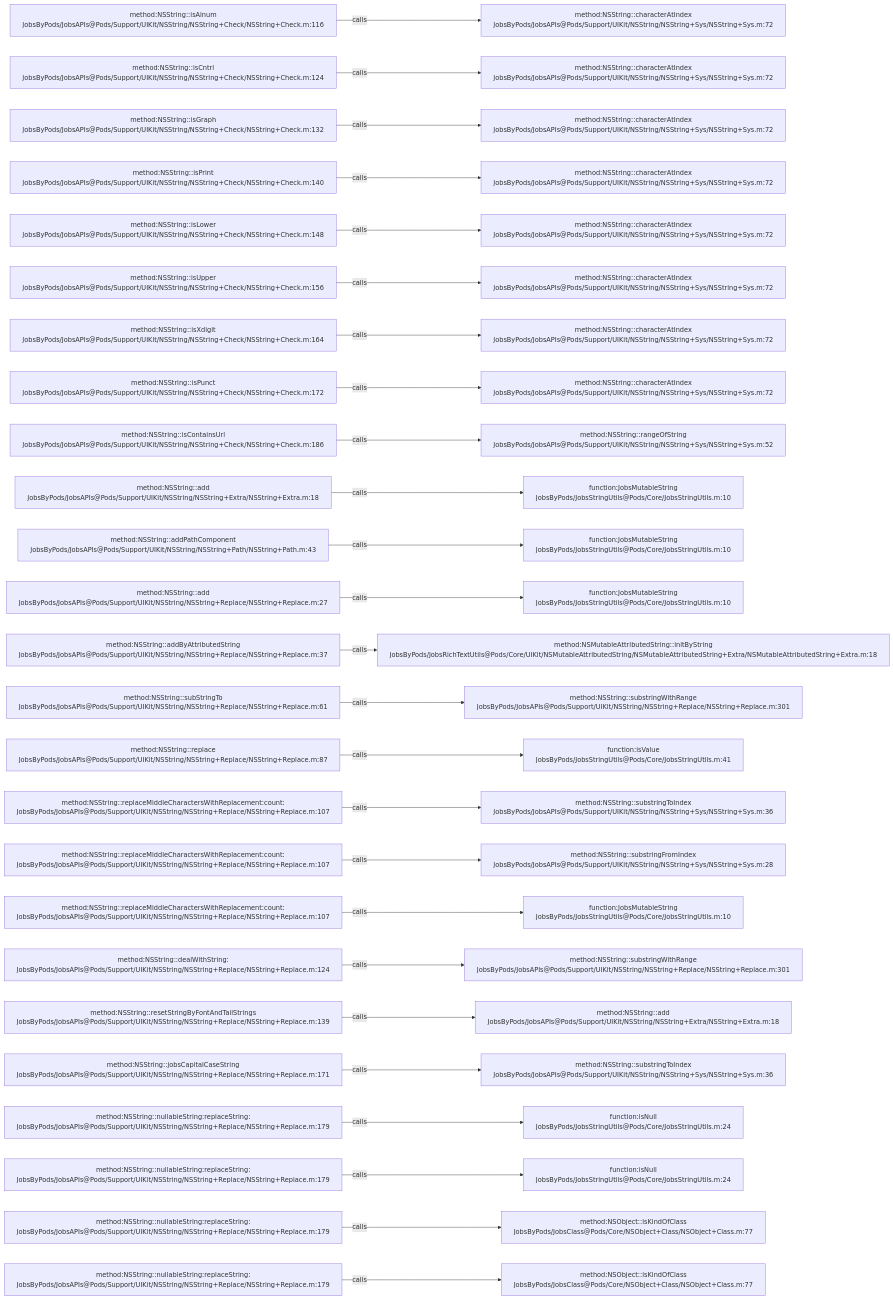
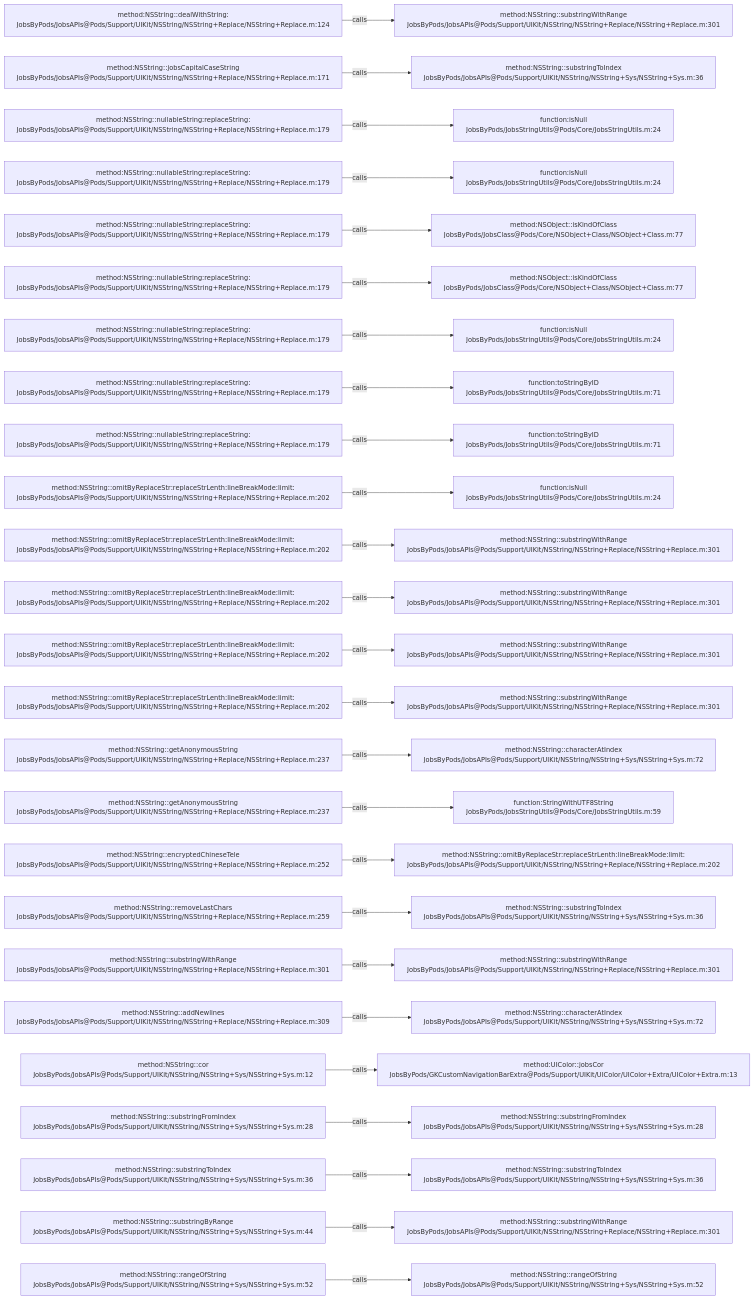
The diagram in .codegraph/codegraph.md/graphs/calls-014.md (JobsKits/JobsOCBaseConfigDemo), drawn with Mermaid before and after one commit. The commit also changed 639 other files, not shown here.

````diff
--- a/.codegraph/codegraph.md/graphs/calls-014.md
+++ b/.codegraph/codegraph.md/graphs/calls-014.md
@@ -13,78 +13,78 @@
 ```mermaid
 flowchart LR
-  S1["method:NSString::isAlnum<br/>JobsByPods/JobsAPIs@Pods/Support/UIKit/NSString/NSString+Check/NSString+Check.m:116"]
-  T1["method:NSString::characterAtIndex<br/>JobsByPods/JobsAPIs@Pods/Support/UIKit/NSString/NSString+Sys/NSString+Sys.m:72"]
+  S1["method:NSString::dealWithString:<br/>JobsByPods/JobsAPIs@Pods/Support/UIKit/NSString/NSString+Replace/NSString+Replace.m:124"]
+  T1["method:NSString::substringWithRange<br/>JobsByPods/JobsAPIs@Pods/Support/UIKit/NSString/NSString+Replace/NSString+Replace.m:301"]
   S1 -->|calls| T1
-  S2["method:NSString::isCntrl<br/>JobsByPods/JobsAPIs@Pods/Support/UIKit/NSString/NSString+Check/NSString+Check.m:124"]
-  T2["method:NSString::characterAtIndex<br/>JobsByPods/JobsAPIs@Pods/Support/UIKit/NSString/NSString+Sys/NSString+Sys.m:72"]
+  S2["method:NSString::jobsCapitalCaseString<br/>JobsByPods/JobsAPIs@Pods/Support/UIKit/NSString/NSString+Replace/NSString+Replace.m:171"]
+  T2["method:NSString::substringToIndex<br/>JobsByPods/JobsAPIs@Pods/Support/UIKit/NSString/NSString+Sys/NSString+Sys.m:36"]
   S2 -->|calls| T2
-  S3["method:NSString::isGraph<br/>JobsByPods/JobsAPIs@Pods/Support/UIKit/NSString/NSString+Check/NSString+Check.m:132"]
-  T3["method:NSString::characterAtIndex<br/>JobsByPods/JobsAPIs@Pods/Support/UIKit/NSString/NSString+Sys/NSString+Sys.m:72"]
+  S3["method:NSString::nullableString:replaceString:<br/>JobsByPods/JobsAPIs@Pods/Support/UIKit/NSString/NSString+Replace/NSString+Replace.m:179"]
+  T3["function:isNull<br/>JobsByPods/JobsStringUtils@Pods/Core/JobsStringUtils.m:24"]
   S3 -->|calls| T3
-  S4["method:NSString::isPrint<br/>JobsByPods/JobsAPIs@Pods/Support/UIKit/NSString/NSString+Check/NSString+Check.m:140"]
-  T4["method:NSString::characterAtIndex<br/>JobsByPods/JobsAPIs@Pods/Support/UIKit/NSString/NSString+Sys/NSString+Sys.m:72"]
+  S4["method:NSString::nullableString:replaceString:<br/>JobsByPods/JobsAPIs@Pods/Support/UIKit/NSString/NSString+Replace/NSString+Replace.m:179"]
+  T4["function:isNull<br/>JobsByPods/JobsStringUtils@Pods/Core/JobsStringUtils.m:24"]
   S4 -->|calls| T4
-  S5["method:NSString::isLower<br/>JobsByPods/JobsAPIs@Pods/Support/UIKit/NSString/NSString+Check/NSString+Check.m:148"]
-  T5["method:NSString::characterAtIndex<br/>JobsByPods/JobsAPIs@Pods/Support/UIKit/NSString/NSString+Sys/NSString+Sys.m:72"]
+  S5["method:NSString::nullableString:replaceString:<br/>JobsByPods/JobsAPIs@Pods/Support/UIKit/NSString/NSString+Replace/NSString+Replace.m:179"]
+  T5["method:NSObject::isKindOfClass<br/>JobsByPods/JobsClass@Pods/Core/NSObject+Class/NSObject+Class.m:77"]
   S5 -->|calls| T5
-  S6["method:NSString::isUpper<br/>JobsByPods/JobsAPIs@Pods/Support/UIKit/NSString/NSString+Check/NSString+Check.m:156"]
-  T6["method:NSString::characterAtIndex<br/>JobsByPods/JobsAPIs@Pods/Support/UIKit/NSString/NSString+Sys/NSString+Sys.m:72"]
+  S6["method:NSString::nullableString:replaceString:<br/>JobsByPods/JobsAPIs@Pods/Support/UIKit/NSString/NSString+Replace/NSString+Replace.m:179"]
+  T6["method:NSObject::isKindOfClass<br/>JobsByPods/JobsClass@Pods/Core/NSObject+Class/NSObject+Class.m:77"]
   S6 -->|calls| T6
-  S7["method:NSString::isXdigit<br/>JobsByPods/JobsAPIs@Pods/Support/UIKit/NSString/NSString+Check/NSString+Check.m:164"]
-  T7["method:NSString::characterAtIndex<br/>JobsByPods/JobsAPIs@Pods/Support/UIKit/NSString/NSString+Sys/NSString+Sys.m:72"]
+  S7["method:NSString::nullableString:replaceString:<br/>JobsByPods/JobsAPIs@Pods/Support/UIKit/NSString/NSString+Replace/NSString+Replace.m:179"]
+  T7["function:isNull<br/>JobsByPods/JobsStringUtils@Pods/Core/JobsStringUtils.m:24"]
   S7 -->|calls| T7
-  S8["method:NSString::isPunct<br/>JobsByPods/JobsAPIs@Pods/Support/UIKit/NSString/NSString+Check/NSString+Check.m:172"]
-  T8["method:NSString::characterAtIndex<br/>JobsByPods/JobsAPIs@Pods/Support/UIKit/NSString/NSString+Sys/NSString+Sys.m:72"]
+  S8["method:NSString::nullableString:replaceString:<br/>JobsByPods/JobsAPIs@Pods/Support/UIKit/NSString/NSString+Replace/NSString+Replace.m:179"]
+  T8["function:toStringByID<br/>JobsByPods/JobsStringUtils@Pods/Core/JobsStringUtils.m:71"]
   S8 -->|calls| T8
-  S9["method:NSString::isContainsUrl<br/>JobsByPods/JobsAPIs@Pods/Support/UIKit/NSString/NSString+Check/NSString+Check.m:186"]
-  T9["method:NSString::rangeOfString<br/>JobsByPods/JobsAPIs@Pods/Support/UIKit/NSString/NSString+Sys/NSString+Sys.m:52"]
+  S9["method:NSString::nullableString:replaceString:<br/>JobsByPods/JobsAPIs@Pods/Support/UIKit/NSString/NSString+Replace/NSString+Replace.m:179"]
+  T9["function:toStringByID<br/>JobsByPods/JobsStringUtils@Pods/Core/JobsStringUtils.m:71"]
   S9 -->|calls| T9
-  S10["method:NSString::add<br/>JobsByPods/JobsAPIs@Pods/Support/UIKit/NSString/NSString+Extra/NSString+Extra.m:18"]
-  T10["function:JobsMutableString<br/>JobsByPods/JobsStringUtils@Pods/Core/JobsStringUtils.m:10"]
+  S10["method:NSString::omitByReplaceStr:replaceStrLenth:lineBreakMode:limit:<br/>JobsByPods/JobsAPIs@Pods/Support/UIKit/NSString/NSString+Replace/NSString+Replace.m:202"]
+  T10["function:isNull<br/>JobsByPods/JobsStringUtils@Pods/Core/JobsStringUtils.m:24"]
   S10 -->|calls| T10
-  S11["method:NSString::addPathComponent<br/>JobsByPods/JobsAPIs@Pods/Support/UIKit/NSString/NSString+Path/NSString+Path.m:43"]
-  T11["function:JobsMutableString<br/>JobsByPods/JobsStringUtils@Pods/Core/JobsStringUtils.m:10"]
+  S11["method:NSString::omitByReplaceStr:replaceStrLenth:lineBreakMode:limit:<br/>JobsByPods/JobsAPIs@Pods/Support/UIKit/NSString/NSString+Replace/NSString+Replace.m:202"]
+  T11["method:NSString::substringWithRange<br/>JobsByPods/JobsAPIs@Pods/Support/UIKit/NSString/NSString+Replace/NSString+Replace.m:301"]
   S11 -->|calls| T11
-  S12["method:NSString::add<br/>JobsByPods/JobsAPIs@Pods/Support/UIKit/NSString/NSString+Replace/NSString+Replace.m:27"]
-  T12["function:JobsMutableString<br/>JobsByPods/JobsStringUtils@Pods/Core/JobsStringUtils.m:10"]
+  S12["method:NSString::omitByReplaceStr:replaceStrLenth:lineBreakMode:limit:<br/>JobsByPods/JobsAPIs@Pods/Support/UIKit/NSString/NSString+Replace/NSString+Replace.m:202"]
+  T12["method:NSString::substringWithRange<br/>JobsByPods/JobsAPIs@Pods/Support/UIKit/NSString/NSString+Replace/NSString+Replace.m:301"]
   S12 -->|calls| T12
-  S13["method:NSString::addByAttributedString<br/>JobsByPods/JobsAPIs@Pods/Support/UIKit/NSString/NSString+Replace/NSString+Replace.m:37"]
-  T13["method:NSMutableAttributedString::initByString<br/>JobsByPods/JobsRichTextUtils@Pods/Core/UIKit/NSMutableAttributedString/NSMutableAttributedString+Extra/NSMutableAttributedString+Extra.m:18"]
+  S13["method:NSString::omitByReplaceStr:replaceStrLenth:lineBreakMode:limit:<br/>JobsByPods/JobsAPIs@Pods/Support/UIKit/NSString/NSString+Replace/NSString+Replace.m:202"]
+  T13["method:NSString::substringWithRange<br/>JobsByPods/JobsAPIs@Pods/Support/UIKit/NSString/NSString+Replace/NSString+Replace.m:301"]
   S13 -->|calls| T13
-  S14["method:NSString::subStringTo<br/>JobsByPods/JobsAPIs@Pods/Support/UIKit/NSString/NSString+Replace/NSString+Replace.m:61"]
+  S14["method:NSString::omitByReplaceStr:replaceStrLenth:lineBreakMode:limit:<br/>JobsByPods/JobsAPIs@Pods/Support/UIKit/NSString/NSString+Replace/NSString+Replace.m:202"]
   T14["method:NSString::substringWithRange<br/>JobsByPods/JobsAPIs@Pods/Support/UIKit/NSString/NSString+Replace/NSString+Replace.m:301"]
   S14 -->|calls| T14
-  S15["method:NSString::replace<br/>JobsByPods/JobsAPIs@Pods/Support/UIKit/NSString/NSString+Replace/NSString+Replace.m:87"]
-  T15["function:isValue<br/>JobsByPods/JobsStringUtils@Pods/Core/JobsStringUtils.m:41"]
+  S15["method:NSString::getAnonymousString<br/>JobsByPods/JobsAPIs@Pods/Support/UIKit/NSString/NSString+Replace/NSString+Replace.m:237"]
+  T15["method:NSString::characterAtIndex<br/>JobsByPods/JobsAPIs@Pods/Support/UIKit/NSString/NSString+Sys/NSString+Sys.m:72"]
   S15 -->|calls| T15
-  S16["method:NSString::replaceMiddleCharactersWithReplacement:count:<br/>JobsByPods/JobsAPIs@Pods/Support/UIKit/NSString/NSString+Replace/NSString+Replace.m:107"]
-  T16["method:NSString::substringToIndex<br/>JobsByPods/JobsAPIs@Pods/Support/UIKit/NSString/NSString+Sys/NSString+Sys.m:36"]
+  S16["method:NSString::getAnonymousString<br/>JobsByPods/JobsAPIs@Pods/Support/UIKit/NSString/NSString+Replace/NSString+Replace.m:237"]
+  T16["function:StringWithUTF8String<br/>JobsByPods/JobsStringUtils@Pods/Core/JobsStringUtils.m:59"]
   S16 -->|calls| T16
-  S17["method:NSString::replaceMiddleCharactersWithReplacement:count:<br/>JobsByPods/JobsAPIs@Pods/Support/UIKit/NSString/NSString+Replace/NSString+Replace.m:107"]
-  T17["method:NSString::substringFromIndex<br/>JobsByPods/JobsAPIs@Pods/Support/UIKit/NSString/NSString+Sys/NSString+Sys.m:28"]
+  S17["method:NSString::encryptedChineseTele<br/>JobsByPods/JobsAPIs@Pods/Support/UIKit/NSString/NSString+Replace/NSString+Replace.m:252"]
+  T17["method:NSString::omitByReplaceStr:replaceStrLenth:lineBreakMode:limit:<br/>JobsByPods/JobsAPIs@Pods/Support/UIKit/NSString/NSString+Replace/NSString+Replace.m:202"]
   S17 -->|calls| T17
-  S18["method:NSString::replaceMiddleCharactersWithReplacement:count:<br/>JobsByPods/JobsAPIs@Pods/Support/UIKit/NSString/NSString+Replace/NSString+Replace.m:107"]
-  T18["function:JobsMutableString<br/>JobsByPods/JobsStringUtils@Pods/Core/JobsStringUtils.m:10"]
+  S18["method:NSString::removeLastChars<br/>JobsByPods/JobsAPIs@Pods/Support/UIKit/NSString/NSString+Replace/NSString+Replace.m:259"]
+  T18["method:NSString::substringToIndex<br/>JobsByPods/JobsAPIs@Pods/Support/UIKit/NSString/NSString+Sys/NSString+Sys.m:36"]
   S18 -->|calls| T18
-  S19["method:NSString::dealWithString:<br/>JobsByPods/JobsAPIs@Pods/Support/UIKit/NSString/NSString+Replace/NSString+Replace.m:124"]
+  S19["method:NSString::substringWithRange<br/>JobsByPods/JobsAPIs@Pods/Support/UIKit/NSString/NSString+Replace/NSString+Replace.m:301"]
   T19["method:NSString::substringWithRange<br/>JobsByPods/JobsAPIs@Pods/Support/UIKit/NSString/NSString+Replace/NSString+Replace.m:301"]
   S19 -->|calls| T19
-  S20["method:NSString::resetStringByFontAndTailStrings<br/>JobsByPods/JobsAPIs@Pods/Support/UIKit/NSString/NSString+Replace/NSString+Replace.m:139"]
-  T20["method:NSString::add<br/>JobsByPods/JobsAPIs@Pods/Support/UIKit/NSString/NSString+Extra/NSString+Extra.m:18"]
+  S20["method:NSString::addNewlines<br/>JobsByPods/JobsAPIs@Pods/Support/UIKit/NSString/NSString+Replace/NSString+Replace.m:309"]
+  T20["method:NSString::characterAtIndex<br/>JobsByPods/JobsAPIs@Pods/Support/UIKit/NSString/NSString+Sys/NSString+Sys.m:72"]
   S20 -->|calls| T20
-  S21["method:NSString::jobsCapitalCaseString<br/>JobsByPods/JobsAPIs@Pods/Support/UIKit/NSString/NSString+Replace/NSString+Replace.m:171"]
-  T21["method:NSString::substringToIndex<br/>JobsByPods/JobsAPIs@Pods/Support/UIKit/NSString/NSString+Sys/NSString+Sys.m:36"]
+  S21["method:NSString::cor<br/>JobsByPods/JobsAPIs@Pods/Support/UIKit/NSString/NSString+Sys/NSString+Sys.m:12"]
+  T21["method:UIColor::jobsCor<br/>JobsByPods/GKCustomNavigationBarExtra@Pods/Support/UIKit/UIColor/UIColor+Extra/UIColor+Extra.m:13"]
   S21 -->|calls| T21
-  S22["method:NSString::nullableString:replaceString:<br/>JobsByPods/JobsAPIs@Pods/Support/UIKit/NSString/NSString+Replace/NSString+Replace.m:179"]
-  T22["function:isNull<br/>JobsByPods/JobsStringUtils@Pods/Core/JobsStringUtils.m:24"]
+  S22["method:NSString::substringFromIndex<br/>JobsByPods/JobsAPIs@Pods/Support/UIKit/NSString/NSString+Sys/NSString+Sys.m:28"]
+  T22["method:NSString::substringFromIndex<br/>JobsByPods/JobsAPIs@Pods/Support/UIKit/NSString/NSString+Sys/NSString+Sys.m:28"]
   S22 -->|calls| T22
-  S23["method:NSString::nullableString:replaceString:<br/>JobsByPods/JobsAPIs@Pods/Support/UIKit/NSString/NSString+Replace/NSString+Replace.m:179"]
-  T23["function:isNull<br/>JobsByPods/JobsStringUtils@Pods/Core/JobsStringUtils.m:24"]
+  S23["method:NSString::substringToIndex<br/>JobsByPods/JobsAPIs@Pods/Support/UIKit/NSString/NSString+Sys/NSString+Sys.m:36"]
+  T23["method:NSString::substringToIndex<br/>JobsByPods/JobsAPIs@Pods/Support/UIKit/NSString/NSString+Sys/NSString+Sys.m:36"]
   S23 -->|calls| T23
-  S24["method:NSString::nullableString:replaceString:<br/>JobsByPods/JobsAPIs@Pods/Support/UIKit/NSString/NSString+Replace/NSString+Replace.m:179"]
-  T24["method:NSObject::isKindOfClass<br/>JobsByPods/JobsClass@Pods/Core/NSObject+Class/NSObject+Class.m:77"]
+  S24["method:NSString::substringByRange<br/>JobsByPods/JobsAPIs@Pods/Support/UIKit/NSString/NSString+Sys/NSString+Sys.m:44"]
+  T24["method:NSString::substringWithRange<br/>JobsByPods/JobsAPIs@Pods/Support/UIKit/NSString/NSString+Replace/NSString+Replace.m:301"]
   S24 -->|calls| T24
-  S25["method:NSString::nullableString:replaceString:<br/>JobsByPods/JobsAPIs@Pods/Support/UIKit/NSString/NSString+Replace/NSString+Replace.m:179"]
-  T25["method:NSObject::isKindOfClass<br/>JobsByPods/JobsClass@Pods/Core/NSObject+Class/NSObject+Class.m:77"]
+  S25["method:NSString::rangeOfString<br/>JobsByPods/JobsAPIs@Pods/Support/UIKit/NSString/NSString+Sys/NSString+Sys.m:52"]
+  T25["method:NSString::rangeOfString<br/>JobsByPods/JobsAPIs@Pods/Support/UIKit/NSString/NSString+Sys/NSString+Sys.m:52"]
   S25 -->|calls| T25
 ```
````
